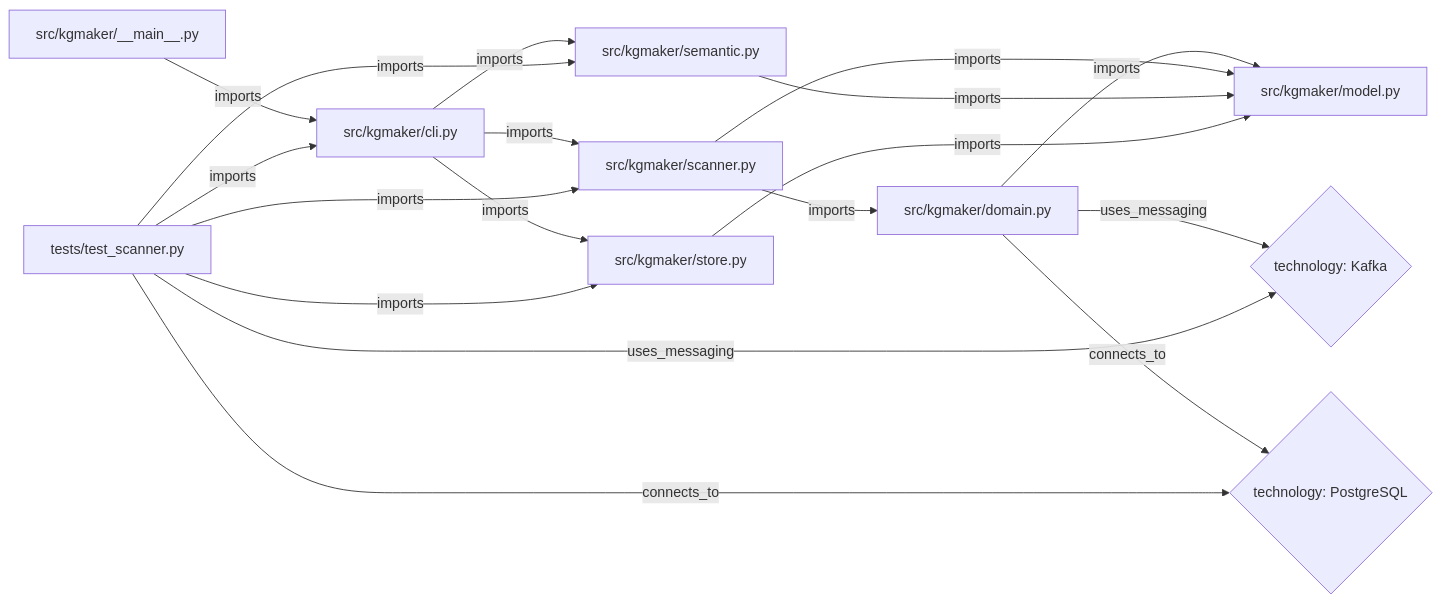
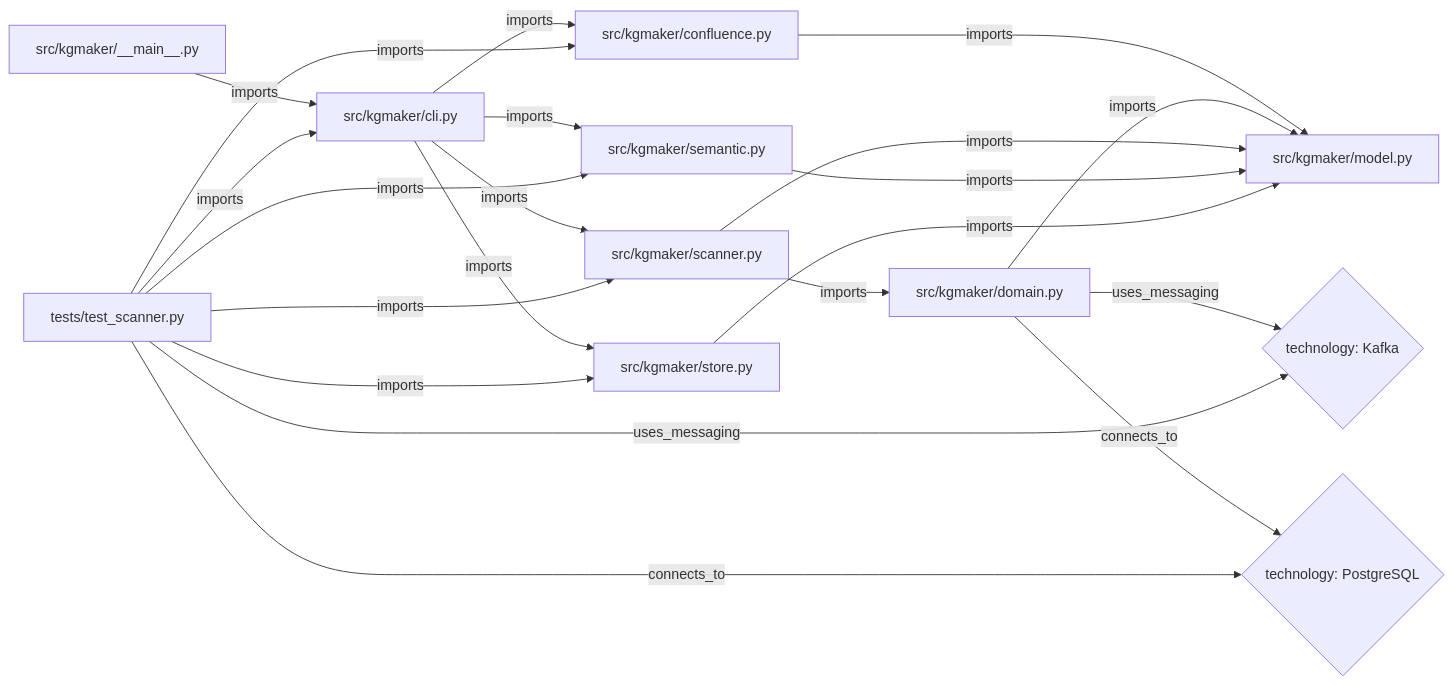
One commit to p-rum/kgmaker changed the diagram in .kgmaker/GRAPH.mmd. Above: the diagram before and after it, drawn with Mermaid. The commit also changed other lines of this file and 14 other files, not shown here.

```diff
--- a/.kgmaker/GRAPH.mmd
+++ b/.kgmaker/GRAPH.mmd
@@ -1,28 +1,32 @@
 flowchart LR
   n0["src/kgmaker/__main__.py"]
   n1["src/kgmaker/cli.py"]
-  n2["src/kgmaker/domain.py"]
-  n3["src/kgmaker/model.py"]
-  n4["src/kgmaker/scanner.py"]
-  n5["src/kgmaker/semantic.py"]
-  n6["src/kgmaker/store.py"]
-  n7["tests/test_scanner.py"]
-  n8{"technology: Kafka"}
-  n9{"technology: PostgreSQL"}
+  n2["src/kgmaker/confluence.py"]
+  n3["src/kgmaker/domain.py"]
+  n4["src/kgmaker/model.py"]
+  n5["src/kgmaker/scanner.py"]
+  n6["src/kgmaker/semantic.py"]
+  n7["src/kgmaker/store.py"]
+  n8["tests/test_scanner.py"]
+  n9{"technology: Kafka"}
+  n10{"technology: PostgreSQL"}
   n0 -->|imports| n1
-  n1 -->|imports| n4
+  n1 -->|imports| n2
   n1 -->|imports| n5
   n1 -->|imports| n6
-  n2 -->|imports| n3
-  n2 -->|uses_messaging| n8
-  n2 -->|connects_to| n9
-  n4 -->|imports| n2
-  n4 -->|imports| n3
+  n1 -->|imports| n7
+  n2 -->|imports| n4
+  n3 -->|imports| n4
+  n3 -->|uses_messaging| n9
+  n3 -->|connects_to| n10
   n5 -->|imports| n3
-  n6 -->|imports| n3
-  n7 -->|imports| n1
+  n5 -->|imports| n4
+  n6 -->|imports| n4
   n7 -->|imports| n4
-  n7 -->|imports| n5
-  n7 -->|imports| n6
-  n7 -->|uses_messaging| n8
-  n7 -->|connects_to| n9
+  n8 -->|imports| n1
+  n8 -->|imports| n2
+  n8 -->|imports| n5
+  n8 -->|imports| n6
+  n8 -->|imports| n7
+  n8 -->|uses_messaging| n9
+  n8 -->|connects_to| n10
```
